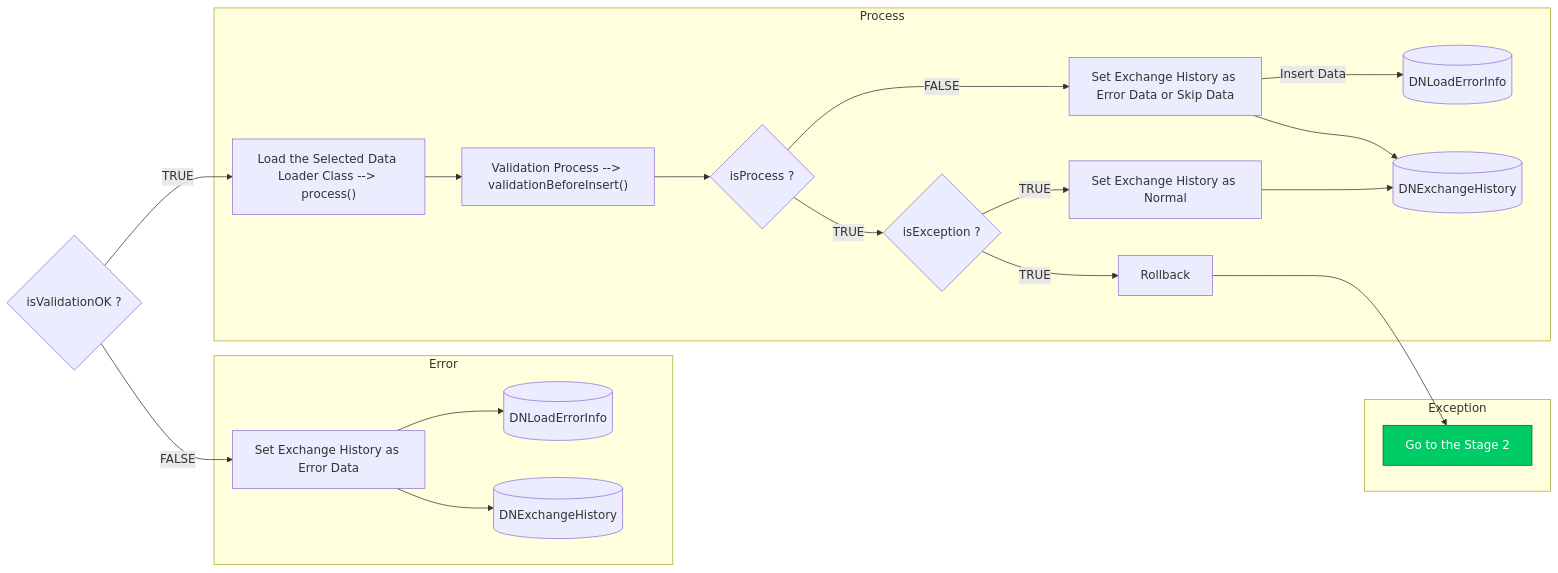
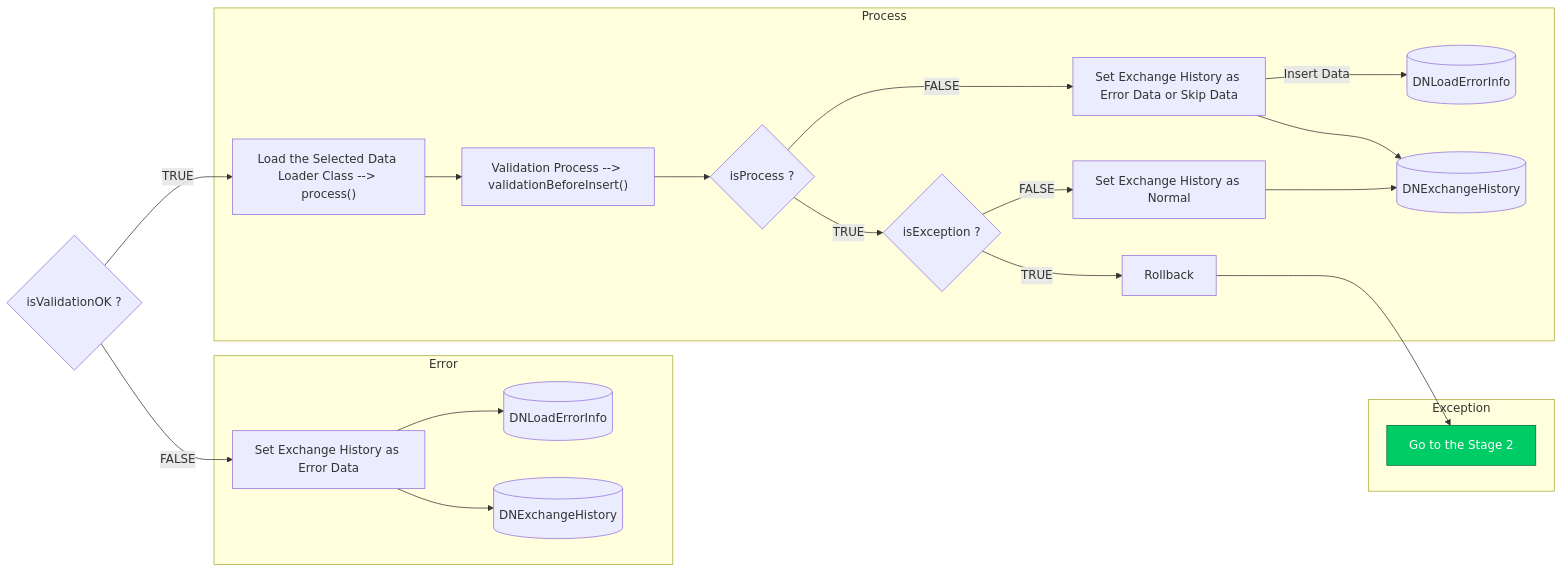
Before and after one commit to luthfiadityaa/SimeDarby-Wiki: the ninth of 9 diagrams in Basic-Design/Host-Interfaces.md, drawn with Mermaid.

Commit message:
Updated Host Interfaces

```diff
--- a/Basic-Design/Host-Interfaces.md
+++ b/Basic-Design/Host-Interfaces.md
@@ -712,40 +712,40 @@
 ::: mermaid
 flowchart LR
 Cond1{"isValidationOK ?"}
 Cond1 --> |TRUE| B2
 Cond1 --> |FALSE| C2
 
 subgraph Error
  C2 --> C3 
  C2 --> C4
  C4[(DNExchangeHistory)]
  C3[(DNLoadErrorInfo)]
  C2["Set Exchange History as Error Data"] 
 end
 
 subgraph Process
  B2 --> B3 --> Cond2
  Cond2{"isProcess ?"}
  Cond3{"isException ?"}
  B2["Load the Selected Data Loader Class --> process()"]
  B3["Validation Process --> validationBeforeInsert()"]
  B4["Set Exchange History as Error Data or Skip Data"]
  B5["Set Exchange History as Normal"]
  B6[(DNLoadErrorInfo)]
  B7[(DNExchangeHistory)]
  Cond2 --> |FALSE| B4 --> |Insert Data| B6
  B4 --> B7
  Cond2 --> |TRUE| Cond3
- Cond3 --> |TRUE| B5 --> B7
+ Cond3 --> |FALSE| B5 --> B7
  Cond3 --> |TRUE| D2
 end 
 
 subgraph Exception
  D2 --> D3 
  D2["Rollback"]
  D3["Go to the Stage 2"] 
 end
 
 click D3 "https://dev.azure.com/Daifuku-SW/ID_SimeDarbyPlantation/_wiki/wikis/ID_SimeDarbyPlantation.wiki/833/Host-Interfaces?anchor=stage-3"
 style D3 fill:#00cc66,stroke:#006633,color:#ffffff
 :::
```
